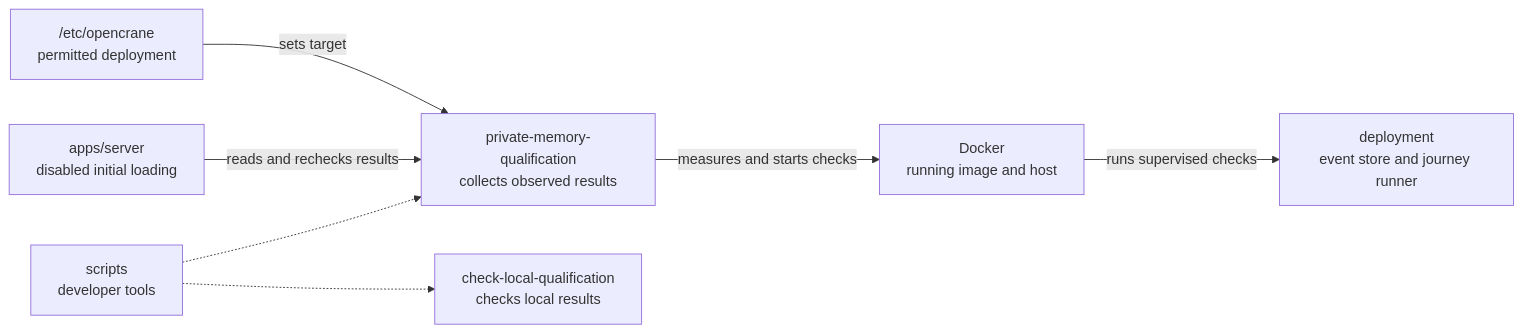
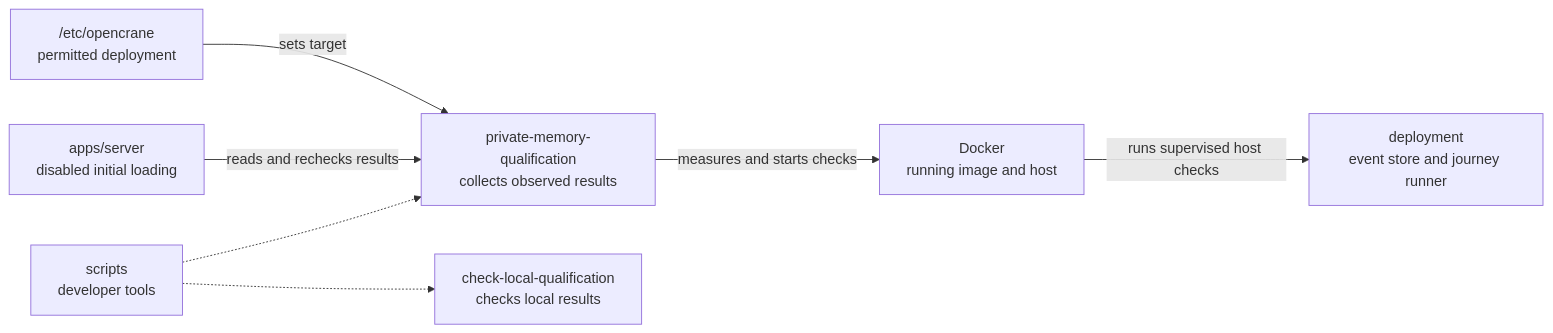
One commit to elewa-git/opencrane-new changed the diagram in scripts/private-memory-qualification/README.md. Above: the diagram before and after it, drawn with Mermaid. The commit also changed other lines of this file and 11 other files, not shown here.

First line of the commit message:
🧠 The memory qualification runner refuses on real host conditions, with the remaining checks still not run (#839)

````diff
--- a/scripts/private-memory-qualification/README.md
+++ b/scripts/private-memory-qualification/README.md
@@ -15,9 +15,9 @@
 ```mermaid
 flowchart LR
   scripts["scripts<br/>developer tools"] -.-> collector["private-memory-qualification<br/>collects observed results"]
   scripts -.-> sibling["check-local-qualification<br/>checks local results"]
   server["apps/server<br/>disabled initial loading"] -->|reads and rechecks results| collector
   config["/etc/opencrane<br/>permitted deployment"] -->|sets target| collector
   collector -->|measures and starts checks| docker["Docker<br/>running image and host"]
-  docker -->|runs supervised checks| deployment["deployment<br/>event store and journey runner"]
+  docker -->|runs supervised host checks| deployment["deployment<br/>event store and journey runner"]
 ```
````
